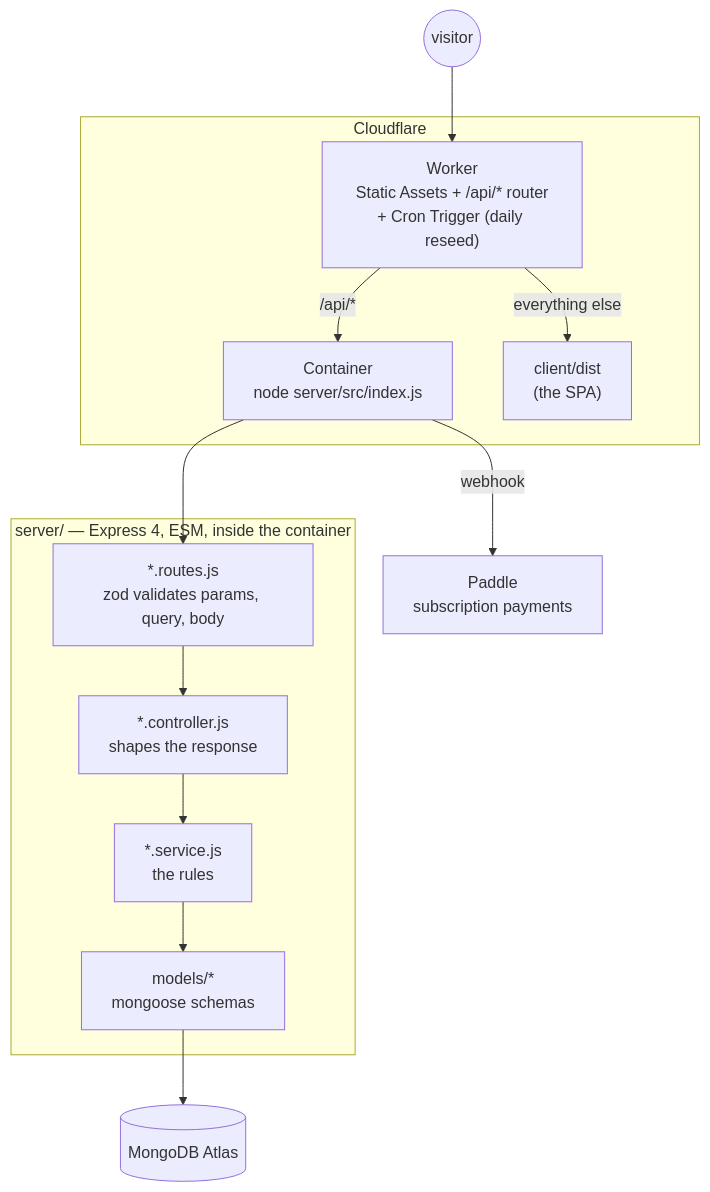
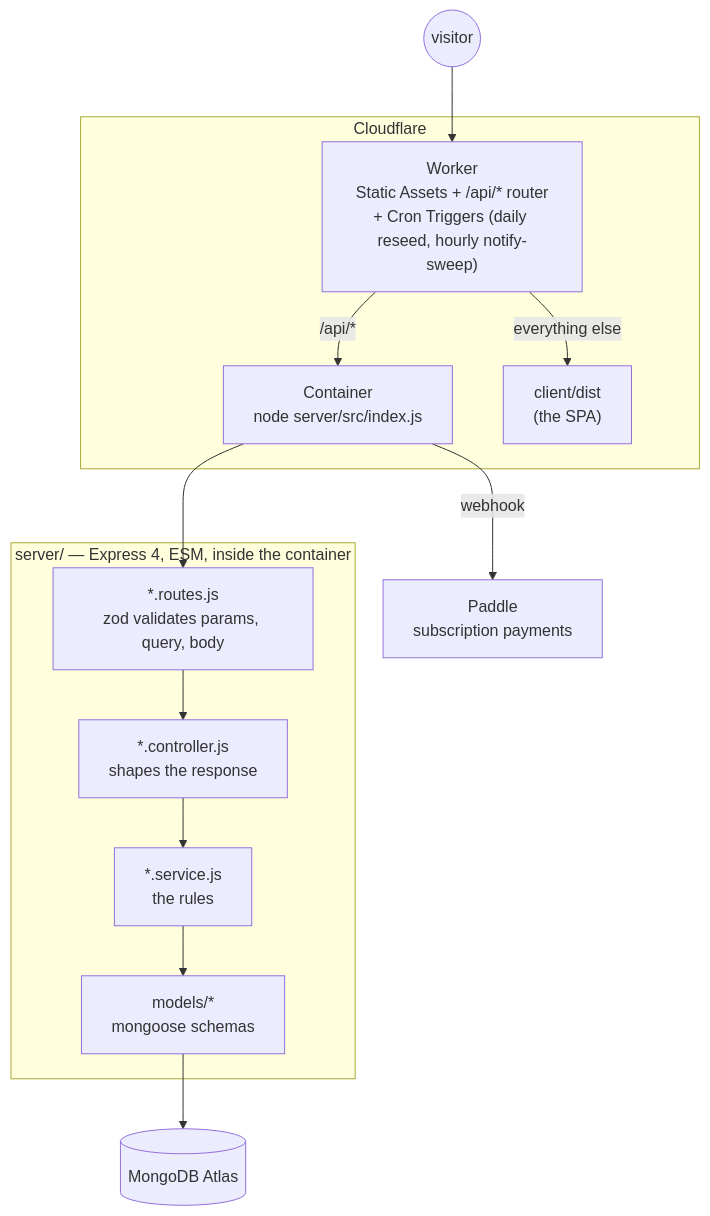
One commit to waleedhussein4/tourney changed the diagram in docs/ARCHITECTURE.md. Above: the diagram before and after it, drawn with Mermaid. The commit also changed other lines of this file and 4 other files, not shown here.

````diff
--- a/docs/ARCHITECTURE.md
+++ b/docs/ARCHITECTURE.md
@@ -16,23 +16,23 @@
 ```mermaid
 flowchart TB
     visitor(("visitor")) --> worker
 
     subgraph cf["Cloudflare"]
-        worker["Worker<br/>Static Assets + /api/* router<br/>+ Cron Trigger (daily reseed)"]
+        worker["Worker<br/>Static Assets + /api/* router<br/>+ Cron Triggers (daily reseed, hourly notify-sweep)"]
         container["Container<br/>node server/src/index.js"]
         worker -- "/api/*" --> container
         worker -- "everything else" --> assets["client/dist<br/>(the SPA)"]
     end
 
     subgraph server["server/ — Express 4, ESM, inside the container"]
         routes["*.routes.js<br/>zod validates params, query, body"]
         controllers["*.controller.js<br/>shapes the response"]
         services["*.service.js<br/>the rules"]
         models["models/*<br/>mongoose schemas"]
         routes --> controllers --> services --> models
     end
 
     container --> routes
     models --> db[("MongoDB Atlas")]
     container -- "webhook" --> paddle["Paddle<br/>subscription payments"]
 ```
````
